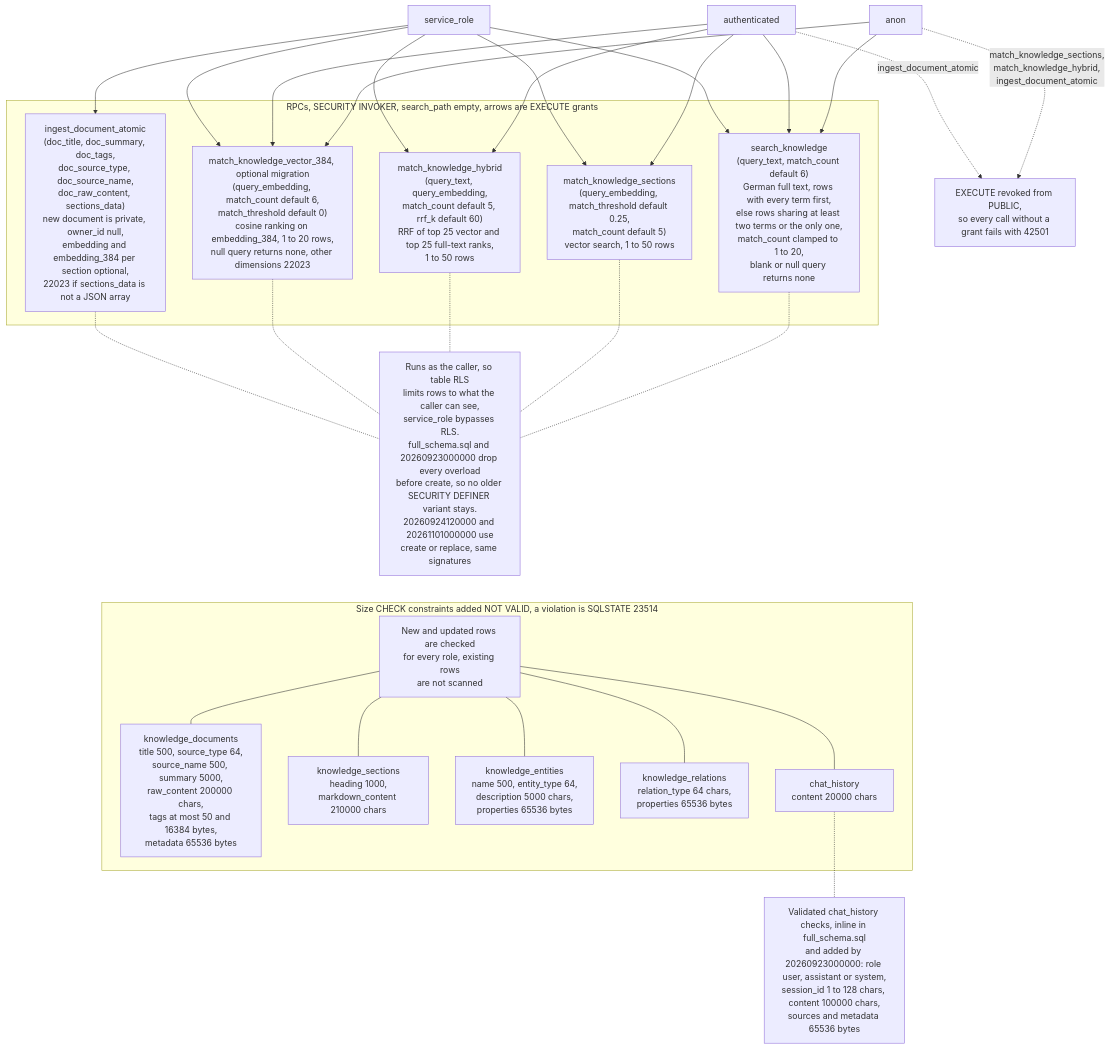
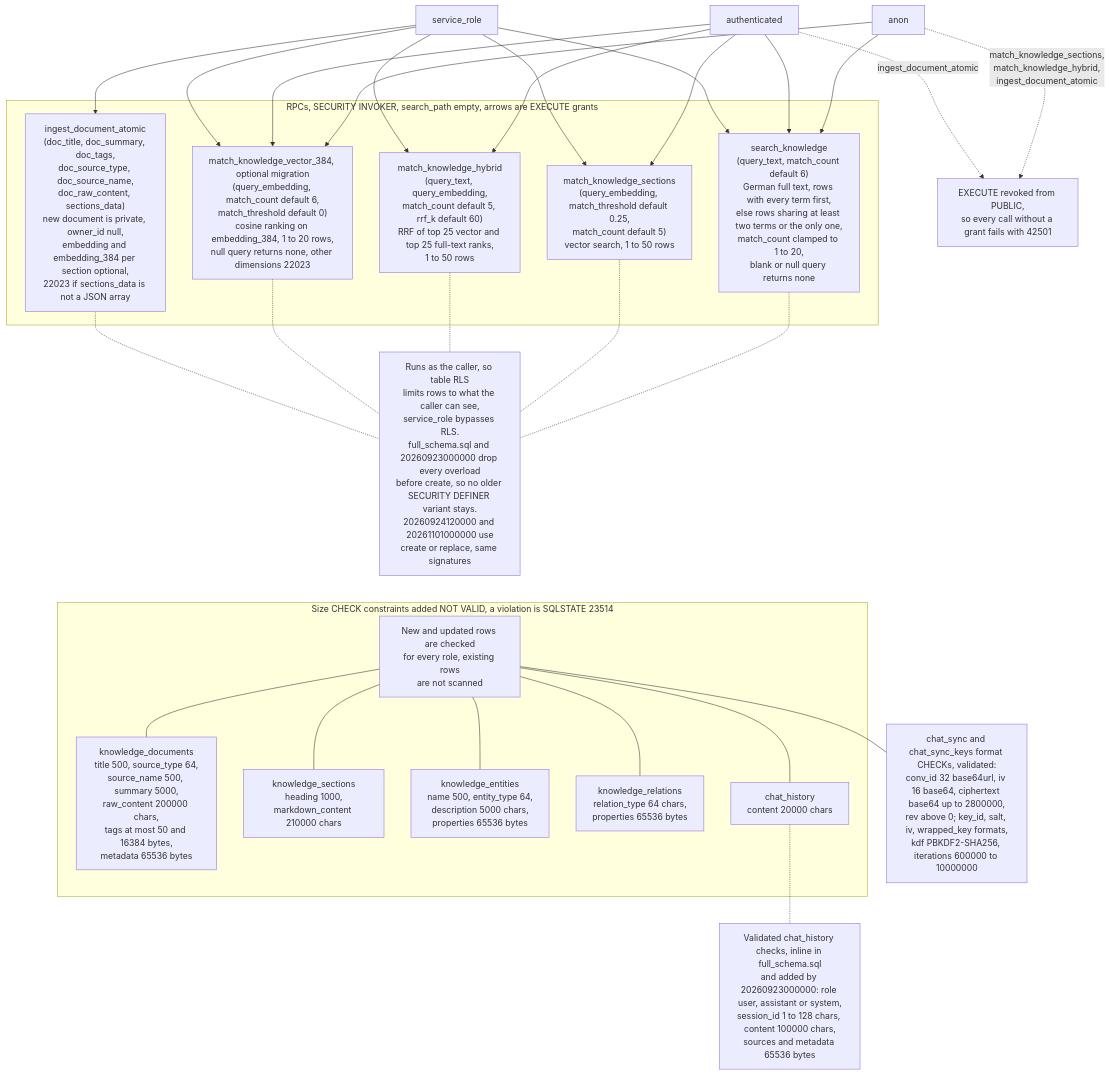
One commit to umutcantezgel-cpu/Starpi changed the fifth of 6 diagrams in backend/supabase/README.md. Above: the diagram before and after it, drawn with Mermaid. The commit also changed other lines of this file and 2 other files, not shown here.

First line of the commit message:
docs(atlas): Supabase in 3.0: the encrypted chat sync, its tables and policies, and the two optional migrations

````diff
--- a/backend/supabase/README.md
+++ b/backend/supabase/README.md
@@ -426,53 +463,55 @@
 ```mermaid
 flowchart TD
     anon["anon"]
     authn["authenticated"]
     svc["service_role"]
 
     subgraph sg_fns["RPCs, SECURITY INVOKER, search_path empty, arrows are EXECUTE grants"]
         sk["search_knowledge<br/>(query_text, match_count default 6)<br/>German full text, rows with every term first,<br/>else rows sharing at least two terms or the only one,<br/>match_count clamped to 1 to 20,<br/>blank or null query returns none"]
         mks["match_knowledge_sections<br/>(query_embedding, match_threshold default 0.25,<br/>match_count default 5)<br/>vector search, 1 to 50 rows"]
         mkh["match_knowledge_hybrid<br/>(query_text, query_embedding,<br/>match_count default 5, rrf_k default 60)<br/>RRF of top 25 vector and top 25 full-text ranks,<br/>1 to 50 rows"]
         mkv["match_knowledge_vector_384, optional migration<br/>(query_embedding, match_count default 6,<br/>match_threshold default 0)<br/>cosine ranking on embedding_384, 1 to 20 rows,<br/>null query returns none, other dimensions 22023"]
         ing["ingest_document_atomic<br/>(doc_title, doc_summary, doc_tags,<br/>doc_source_type, doc_source_name,<br/>doc_raw_content, sections_data)<br/>new document is private, owner_id null,<br/>embedding and embedding_384 per section optional,<br/>22023 if sections_data is not a JSON array"]
     end
 
     anon --> sk
     anon --> mkv
     authn --> sk
     authn --> mks
     authn --> mkh
     authn --> mkv
     svc --> sk
     svc --> mks
     svc --> mkh
     svc --> mkv
     svc --> ing
 
     invoker["Runs as the caller, so table RLS<br/>limits rows to what the caller can see,<br/>service_role bypasses RLS.<br/>full_schema.sql and 20260923000000 drop every overload<br/>before create, so no older SECURITY DEFINER variant stays.<br/>20260924120000 and 20261101000000 use<br/>create or replace, same signatures"]
     sk -.- invoker
     mks -.- invoker
     mkh -.- invoker
     mkv -.- invoker
     ing -.- invoker
     denied["EXECUTE revoked from PUBLIC,<br/>so every call without a grant fails with 42501"]
     anon -.->|"match_knowledge_sections,<br/>match_knowledge_hybrid,<br/>ingest_document_atomic"| denied
     authn -.->|"ingest_document_atomic"| denied
 
     subgraph sg_checks["Size CHECK constraints added NOT VALID, a violation is SQLSTATE 23514"]
         ckNote["New and updated rows are checked<br/>for every role, existing rows<br/>are not scanned"]
         ckDocs["knowledge_documents<br/>title 500, source_type 64,<br/>source_name 500, summary 5000,<br/>raw_content 200000 chars,<br/>tags at most 50 and 16384 bytes,<br/>metadata 65536 bytes"]
         ckSec["knowledge_sections<br/>heading 1000,<br/>markdown_content 210000 chars"]
         ckEnt["knowledge_entities<br/>name 500, entity_type 64,<br/>description 5000 chars,<br/>properties 65536 bytes"]
         ckRel["knowledge_relations<br/>relation_type 64 chars,<br/>properties 65536 bytes"]
         ckChat["chat_history<br/>content 20000 chars"]
         ckNote --- ckDocs
         ckNote --- ckSec
         ckNote --- ckEnt
         ckNote --- ckRel
         ckNote --- ckChat
     end
+    ckSync["chat_sync and chat_sync_keys format CHECKs, validated:<br/>conv_id 32 base64url, iv 16 base64, ciphertext base64 up to 2800000,<br/>rev above 0; key_id, salt, iv, wrapped_key formats,<br/>kdf PBKDF2-SHA256, iterations 600000 to 10000000"]
+    ckNote --- ckSync
     ckOld["Validated chat_history checks, inline in full_schema.sql<br/>and added by 20260923000000: role user, assistant or system,<br/>session_id 1 to 128 chars, content 100000 chars,<br/>sources and metadata 65536 bytes"]
     ckChat -.- ckOld
     invoker ~~~ sg_checks
 ```
````
